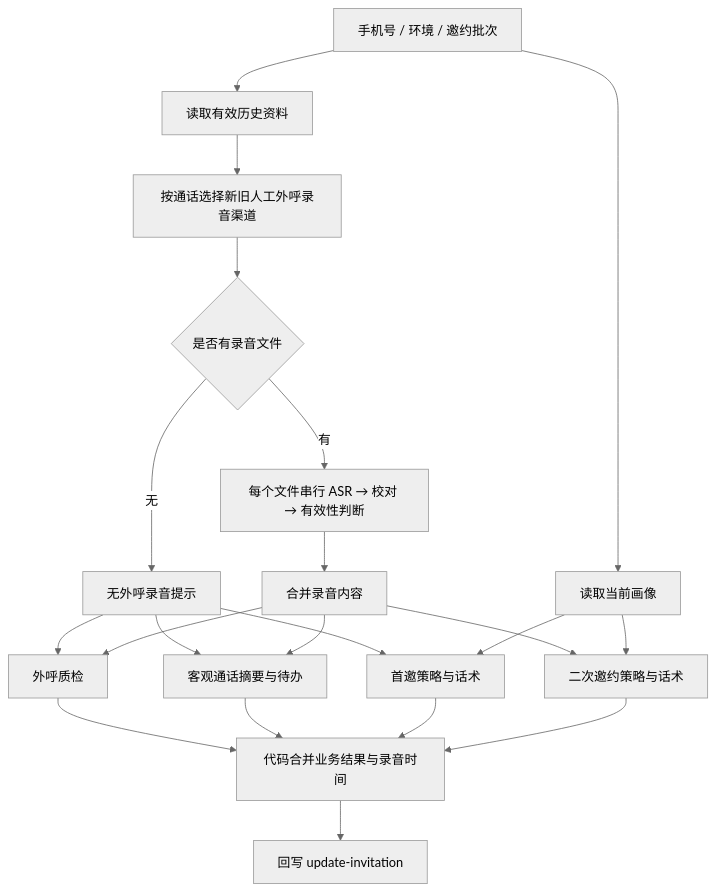
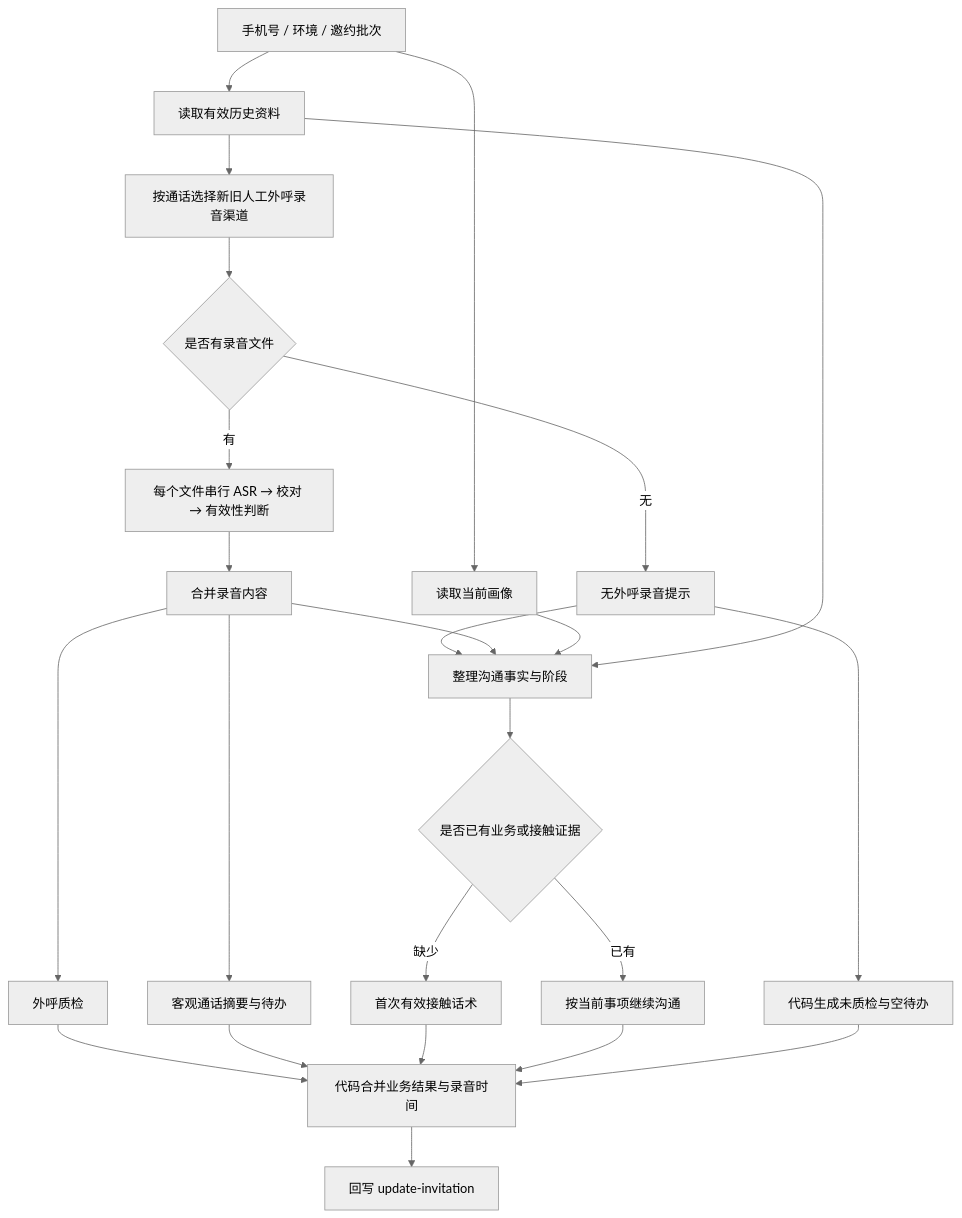
One commit to Jerry-Kung/CustomerProfile changed the first of 2 diagrams in docs/design/邀约工作流高代码迁移.md. Above: the diagram before and after it, drawn with Mermaid (neutral theme). The commit also changed other lines of this file and 10 other files, not shown here.

````diff
--- a/docs/design/邀约工作流高代码迁移.md
+++ b/docs/design/邀约工作流高代码迁移.md
@@ -20,23 +20,26 @@
 ```mermaid
 flowchart TD
     Input[手机号 / 环境 / 邀约批次] --> Profile[读取当前画像]
     Input --> History[读取有效历史资料]
     History --> Select[按通话选择新旧人工外呼录音渠道]
     Select --> Files{是否有录音文件}
     Files -->|无| Empty[无外呼录音提示]
     Files -->|有| ASR[每个文件串行 ASR → 校对 → 有效性判断]
     ASR --> Transcript[合并录音内容]
-    Empty --> Audit[外呼质检]
-    Transcript --> Audit
-    Empty --> Todo[客观通话摘要与待办]
-    Transcript --> Todo
-    Empty --> First[首邀策略与话术]
-    Profile --> First
-    Transcript --> Next[二次邀约策略与话术]
-    Profile --> Next
+    Empty --> Missing[代码生成未质检与空待办]
+    Transcript --> Audit[外呼质检]
+    Transcript --> Todo[客观通话摘要与待办]
+    Empty --> Context[整理沟通事实与阶段]
+    Transcript --> Context
+    Profile --> Context
+    History --> Context
+    Context --> Stage{是否已有业务或接触证据}
+    Stage -->|缺少| First[首次有效接触话术]
+    Stage -->|已有| Next[按当前事项继续沟通]
     Audit --> Merge[代码合并业务结果与录音时间]
     Todo --> Merge
     First --> Merge
     Next --> Merge
+    Missing --> Merge
     Merge --> Callback[回写 update-invitation]
 ```
````
